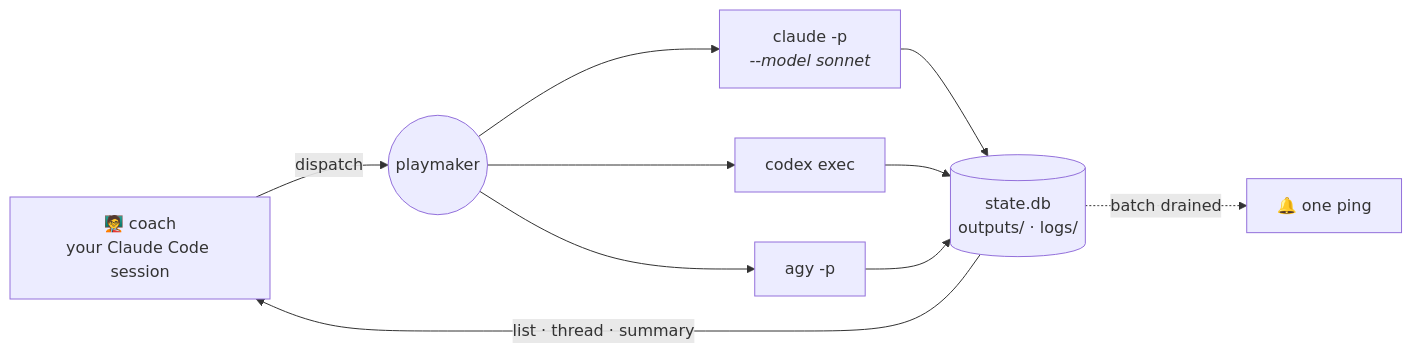
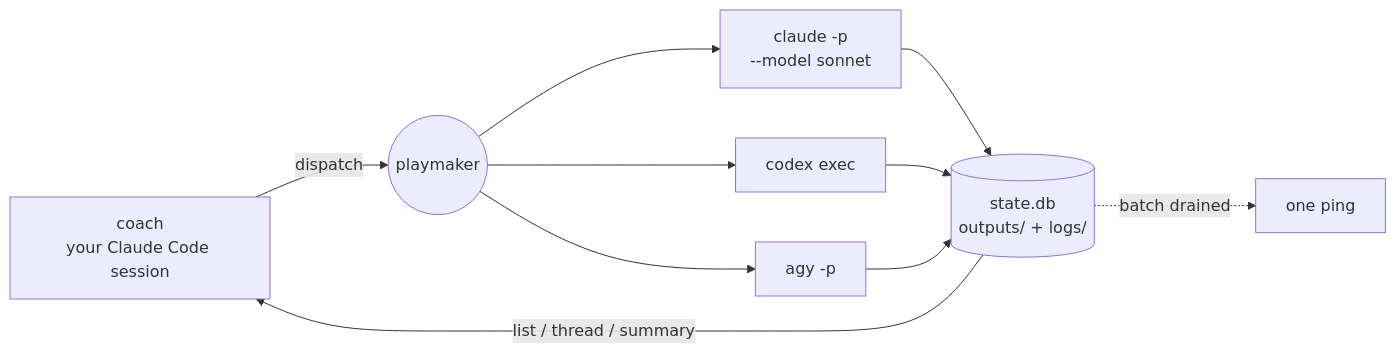
One commit to vladsafedev/playmaker changed the diagram in README.md. Above: the diagram before and after it, drawn with Mermaid.

Commit message:
readme: fix the mermaid diagram, which GitHub refused to render
It rendered as 'Unable to render rich display' with the raw source dumped
into the page. Dropped the constructs GitHub's mermaid build rejects: an
<i> tag and a ZWJ emoji inside node labels, and the A & B & C edge
chaining.

````diff
--- a/README.md
+++ b/README.md
@@ -177,10 +177,12 @@
 ```mermaid
 flowchart LR
-    C["🧑‍🏫 coach<br/>your Claude Code session"] -->|dispatch| P(("playmaker"))
-    P --> A1["claude -p<br/><i>--model sonnet</i>"]
+    C["coach<br/>your Claude Code session"] -->|dispatch| P(("playmaker"))
+    P --> A1["claude -p<br/>--model sonnet"]
     P --> A2["codex exec"]
     P --> A3["agy -p"]
-    A1 & A2 & A3 --> S[("state.db<br/>outputs/ · logs/")]
-    S -->|list · thread · summary| C
-    S -.->|batch drained| N["🔔 one ping"]
+    A1 --> S[("state.db<br/>outputs/ + logs/")]
+    A2 --> S
+    A3 --> S
+    S -->|"list / thread / summary"| C
+    S -.->|"batch drained"| N["one ping"]
 ```
````
